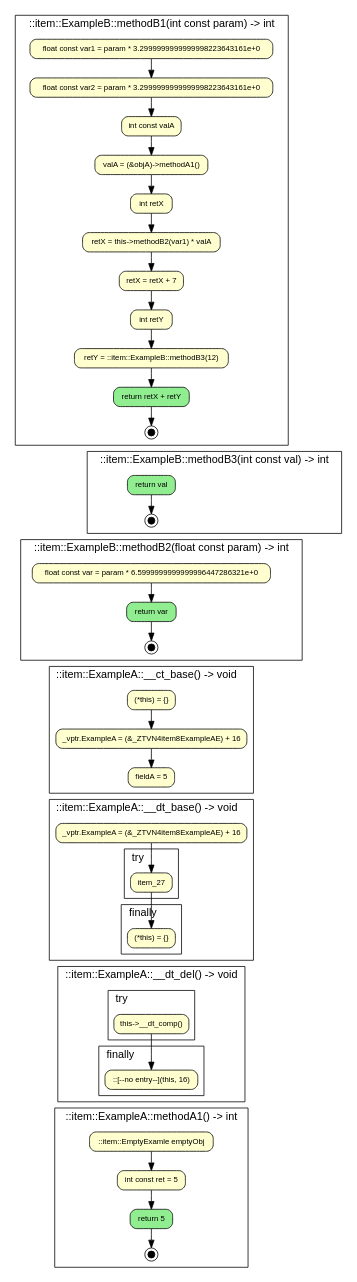
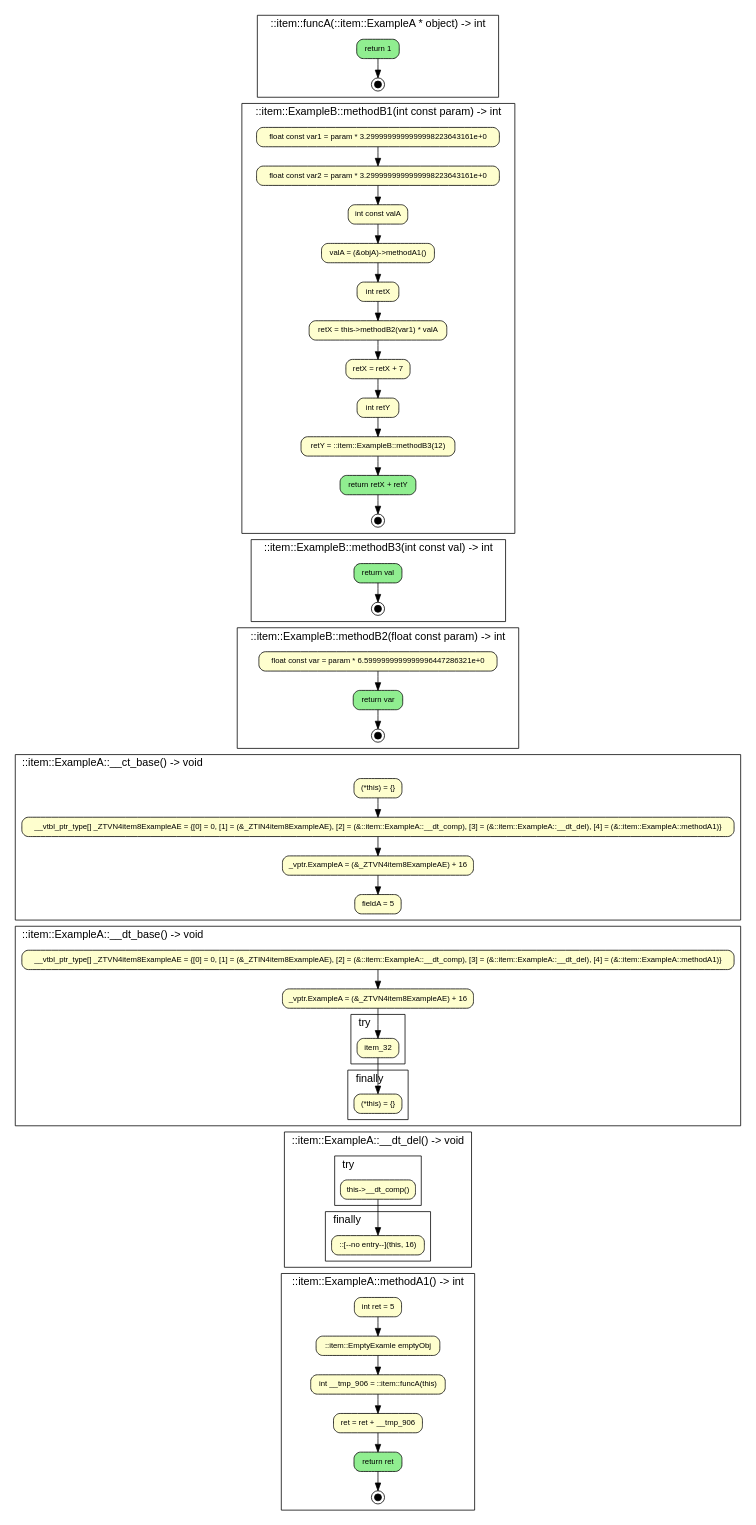
Before and after one commit to anetczuk/gcc-uml: the diagram in examples/ctrlflowgraph/ctrl_class.cpp.dot, drawn with Graphviz. The commit also changed 13 other files, not shown here.

```diff
--- a/examples/ctrlflowgraph/ctrl_class.cpp.dot
+++ b/examples/ctrlflowgraph/ctrl_class.cpp.dot
@@ -1,98 +1,113 @@
 digraph {
 	fontname="SansSerif,sans-serif" labeljust=l nojustify=true ranksep=0.35
 	node [fillcolor="#fefece" fontname="SansSerif,sans-serif" fontsize=10 height=0.35 shape=box style="filled, rounded"]
 	subgraph cluster_item_0 {
+		graph [label="::item::funcA(::item::ExampleA * object) -> int"]
+		item_1 [label="return 1" fillcolor=lightgreen]
+		item_2 [label="" fillcolor=black fixedsize=true height=0.12 shape=doublecircle size=0.1 width=0.12]
+		item_1 -> item_2
+	}
+	subgraph cluster_item_3 {
 		graph [label="::item::ExampleB::methodB1(int const param) -> int"]
-		item_1 [label="float const var1 = param * 3.2999999999999998223643161e+0"]
-		item_2 [label="float const var2 = param * 3.2999999999999998223643161e+0"]
-		item_1 -> item_2
-		item_3 [label="int const valA"]
-		item_2 -> item_3
-		item_4 [label="valA = (&objA)->methodA1()"]
-		item_3 -> item_4
-		item_5 [label="int retX"]
+		item_4 [label="float const var1 = param * 3.2999999999999998223643161e+0"]
+		item_5 [label="float const var2 = param * 3.2999999999999998223643161e+0"]
 		item_4 -> item_5
-		item_6 [label="retX = this->methodB2(var1) * valA"]
+		item_6 [label="int const valA"]
 		item_5 -> item_6
-		item_7 [label="retX = retX + 7"]
+		item_7 [label="valA = (&objA)->methodA1()"]
 		item_6 -> item_7
-		item_8 [label="int retY"]
+		item_8 [label="int retX"]
 		item_7 -> item_8
-		item_9 [label="retY = ::item::ExampleB::methodB3(12)"]
+		item_9 [label="retX = this->methodB2(var1) * valA"]
 		item_8 -> item_9
-		item_10 [label="return retX + retY" fillcolor=lightgreen]
-		item_11 [label="" fillcolor=black fixedsize=true height=0.12 shape=doublecircle size=0.1 width=0.12]
+		item_10 [label="retX = retX + 7"]
+		item_9 -> item_10
+		item_11 [label="int retY"]
 		item_10 -> item_11
-		item_9 -> item_10
-	}
-	subgraph cluster_item_12 {
-		graph [label="::item::ExampleB::methodB3(int const val) -> int"]
-		item_13 [label="return val" fillcolor=lightgreen]
+		item_12 [label="retY = ::item::ExampleB::methodB3(12)"]
+		item_11 -> item_12
+		item_13 [label="return retX + retY" fillcolor=lightgreen]
 		item_14 [label="" fillcolor=black fixedsize=true height=0.12 shape=doublecircle size=0.1 width=0.12]
 		item_13 -> item_14
+		item_12 -> item_13
 	}
-	item_11 -> item_13 [style=invis]
+	item_2 -> item_4 [style=invis]
 	subgraph cluster_item_15 {
-		graph [label="::item::ExampleB::methodB2(float const param) -> int"]
-		item_16 [label="float const var = param * 6.5999999999999996447286321e+0"]
-		item_17 [label="return var" fillcolor=lightgreen]
-		item_18 [label="" fillcolor=black fixedsize=true height=0.12 shape=doublecircle size=0.1 width=0.12]
-		item_17 -> item_18
+		graph [label="::item::ExampleB::methodB3(int const val) -> int"]
+		item_16 [label="return val" fillcolor=lightgreen]
+		item_17 [label="" fillcolor=black fixedsize=true height=0.12 shape=doublecircle size=0.1 width=0.12]
 		item_16 -> item_17
 	}
 	item_14 -> item_16 [style=invis]
-	subgraph cluster_item_19 {
+	subgraph cluster_item_18 {
+		graph [label="::item::ExampleB::methodB2(float const param) -> int"]
+		item_19 [label="float const var = param * 6.5999999999999996447286321e+0"]
+		item_20 [label="return var" fillcolor=lightgreen]
+		item_21 [label="" fillcolor=black fixedsize=true height=0.12 shape=doublecircle size=0.1 width=0.12]
+		item_20 -> item_21
+		item_19 -> item_20
+	}
+	item_17 -> item_19 [style=invis]
+	subgraph cluster_item_22 {
 		graph [label="::item::ExampleA::__ct_base() -> void"]
-		item_20 [label="(*this) = {}"]
-		item_21 [label="_vptr.ExampleA = (&_ZTVN4item8ExampleAE) + 16"]
-		item_20 -> item_21
-		item_22 [label="fieldA = 5"]
-		item_21 -> item_22
+		item_23 [label="(*this) = {}"]
+		item_24 [label="__vtbl_ptr_type[] _ZTVN4item8ExampleAE = {[0] = 0, [1] = (&_ZTIN4item8ExampleAE), [2] = (&::item::ExampleA::__dt_comp), [3] = (&::item::ExampleA::__dt_del), [4] = (&::item::ExampleA::methodA1)}"]
+		item_23 -> item_24
+		item_25 [label="_vptr.ExampleA = (&_ZTVN4item8ExampleAE) + 16"]
+		item_24 -> item_25
+		item_26 [label="fieldA = 5"]
+		item_25 -> item_26
 	}
-	item_18 -> item_20 [style=invis]
-	subgraph cluster_item_23 {
+	item_21 -> item_23 [style=invis]
+	subgraph cluster_item_27 {
 		graph [label="::item::ExampleA::__ct_comp() -> void"]
 	}
-	subgraph cluster_item_24 {
+	subgraph cluster_item_28 {
 		graph [label="::item::ExampleA::__dt_base() -> void"]
-		item_25 [label="_vptr.ExampleA = (&_ZTVN4item8ExampleAE) + 16"]
-		subgraph cluster_item_26 {
+		item_29 [label="__vtbl_ptr_type[] _ZTVN4item8ExampleAE = {[0] = 0, [1] = (&_ZTIN4item8ExampleAE), [2] = (&::item::ExampleA::__dt_comp), [3] = (&::item::ExampleA::__dt_del), [4] = (&::item::ExampleA::methodA1)}"]
+		item_30 [label="_vptr.ExampleA = (&_ZTVN4item8ExampleAE) + 16"]
+		item_29 -> item_30
+		subgraph cluster_item_31 {
 			graph [label=try]
-			item_27
+			item_32
 		}
-		subgraph cluster_item_28 {
+		subgraph cluster_item_33 {
 			graph [label=finally]
-			item_29 [label="(*this) = {}"]
+			item_34 [label="(*this) = {}"]
 		}
-		item_27 -> item_29
-		item_25 -> item_27
+		item_32 -> item_34
+		item_30 -> item_32
 	}
-	item_22 -> item_25 [style=invis]
-	subgraph cluster_item_30 {
+	item_26 -> item_29 [style=invis]
+	subgraph cluster_item_35 {
 		graph [label="::item::ExampleA::__dt_comp() -> void"]
 	}
-	subgraph cluster_item_31 {
+	subgraph cluster_item_36 {
 		graph [label="::item::ExampleA::__dt_del() -> void"]
-		subgraph cluster_item_32 {
+		subgraph cluster_item_37 {
 			graph [label=try]
-			item_33 [label="this->__dt_comp()"]
+			item_38 [label="this->__dt_comp()"]
 		}
-		subgraph cluster_item_34 {
+		subgraph cluster_item_39 {
 			graph [label=finally]
-			item_35 [label="::[--no entry--](this, 16)"]
+			item_40 [label="::[--no entry--](this, 16)"]
 		}
-		item_33 -> item_35
+		item_38 -> item_40
 	}
-	item_29 -> item_33 [style=invis]
-	subgraph cluster_item_36 {
+	item_34 -> item_38 [style=invis]
+	subgraph cluster_item_41 {
 		graph [label="::item::ExampleA::methodA1() -> int"]
-		item_37 [label="::item::EmptyExamle emptyObj"]
-		item_38 [label="int const ret = 5"]
-		item_37 -> item_38
-		item_39 [label="return 5" fillcolor=lightgreen]
-		item_40 [label="" fillcolor=black fixedsize=true height=0.12 shape=doublecircle size=0.1 width=0.12]
-		item_39 -> item_40
-		item_38 -> item_39
+		item_42 [label="int ret = 5"]
+		item_43 [label="::item::EmptyExamle emptyObj"]
+		item_42 -> item_43
+		item_44 [label="int __tmp_906 = ::item::funcA(this)"]
+		item_43 -> item_44
+		item_45 [label="ret = ret + __tmp_906"]
+		item_44 -> item_45
+		item_46 [label="return ret" fillcolor=lightgreen]
+		item_47 [label="" fillcolor=black fixedsize=true height=0.12 shape=doublecircle size=0.1 width=0.12]
+		item_46 -> item_47
+		item_45 -> item_46
 	}
-	item_35 -> item_37 [style=invis]
+	item_40 -> item_42 [style=invis]
 }
```
